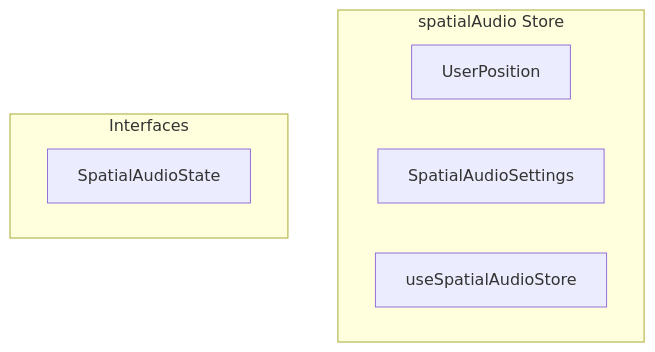
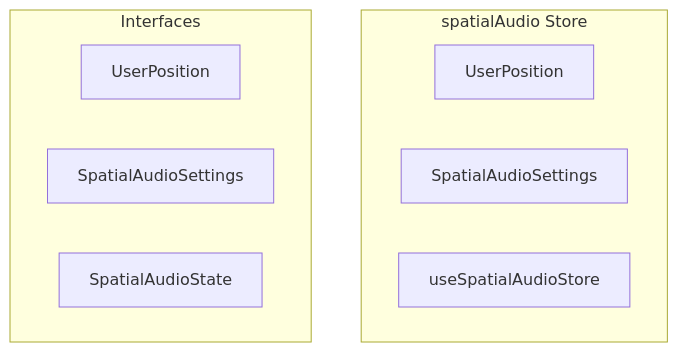
The diagram in docs/api/stores/spatialaudio.md (y4my4my4m/harmony), drawn with Mermaid before and after one commit. The commit also changed other lines of this file and 350 other files, not shown here.

````diff
--- a/docs/api/stores/spatialaudio.md
+++ b/docs/api/stores/spatialaudio.md
@@ -7,16 +7,14 @@
 ```mermaid
 graph TB
     subgraph "spatialAudio Store"
         USERPOSITION[UserPosition]
         SPATIALAUDIOSETTINGS[SpatialAudioSettings]
         USESPATIALAUDIOSTORE[useSpatialAudioStore]
     end
     
-    
-    
     subgraph "Interfaces"
-        USERPOSITION[UserPosition]
-        SPATIALAUDIOSETTINGS[SpatialAudioSettings]
-        SPATIALAUDIOSTATE[SpatialAudioState]
+        INT_USERPOSITION[UserPosition]
+        INT_SPATIALAUDIOSETTINGS[SpatialAudioSettings]
+        INT_SPATIALAUDIOSTATE[SpatialAudioState]
     end
 ```
````
